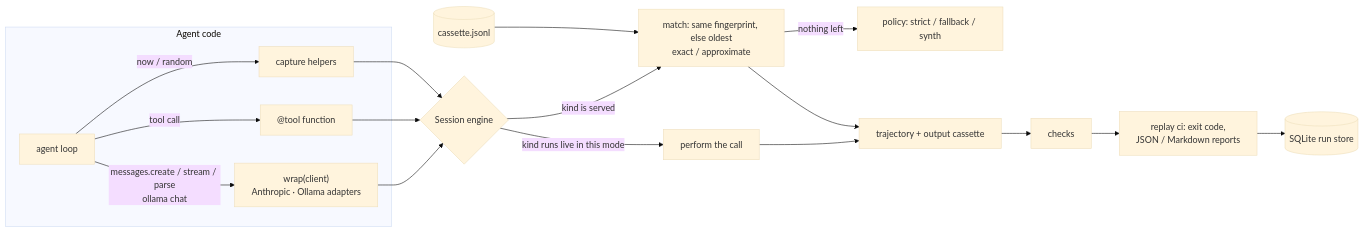
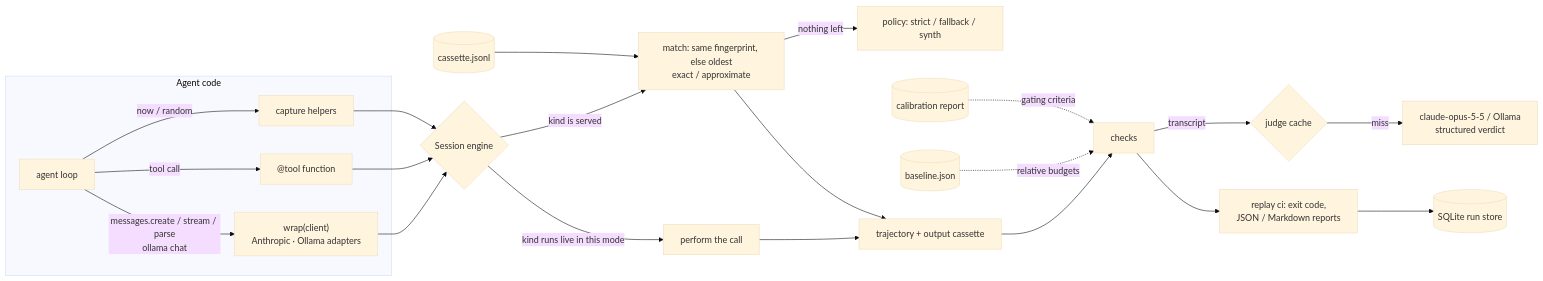
One commit to TheAsianFish/agent-replay changed the diagram in README.md. Above: the diagram before and after it, drawn with Mermaid (base theme). The commit also changed other lines of this file and 74 other files, not shown here.

First line of the commit message:
M3: Judge, cost and the stats interface — `judge` check with rubric YAML, `claude-opus-5-5` through structur (#4)

````diff
--- a/README.md
+++ b/README.md
@@ -310,19 +435,24 @@
 ```mermaid
 flowchart LR
   subgraph Agent code
     A[agent loop] -->|messages.create / stream / parse<br/>ollama chat| W["wrap(client)<br/>Anthropic · Ollama adapters"]
     A -->|tool call| T["@tool function"]
     A -->|now / random| N[capture helpers]
   end
   W --> S{Session engine}
   T --> S
   N --> S
   S -->|kind runs live in this mode| L[perform the call]
   S -->|kind is served| M[match: same fingerprint, else oldest<br/>exact / approximate]
   M -->|nothing left| P[policy: strict / fallback / synth]
   C[(cassette.jsonl)] --> M
   L --> TR[trajectory + output cassette]
   M --> TR
-  TR --> K[checks] --> CI[replay ci: exit code,<br/>JSON / Markdown reports]
+  TR --> K[checks]
+  B[(baseline.json)] -.relative budgets.-> K
+  K -->|transcript| J{judge cache}
+  J -->|miss| JM[claude-opus-5-5 / Ollama<br/>structured verdict]
+  CR[(calibration report)] -.gating criteria.-> K
+  K --> CI[replay ci: exit code,<br/>JSON / Markdown reports]
   CI --> DB[(SQLite run store)]
 ```
````
